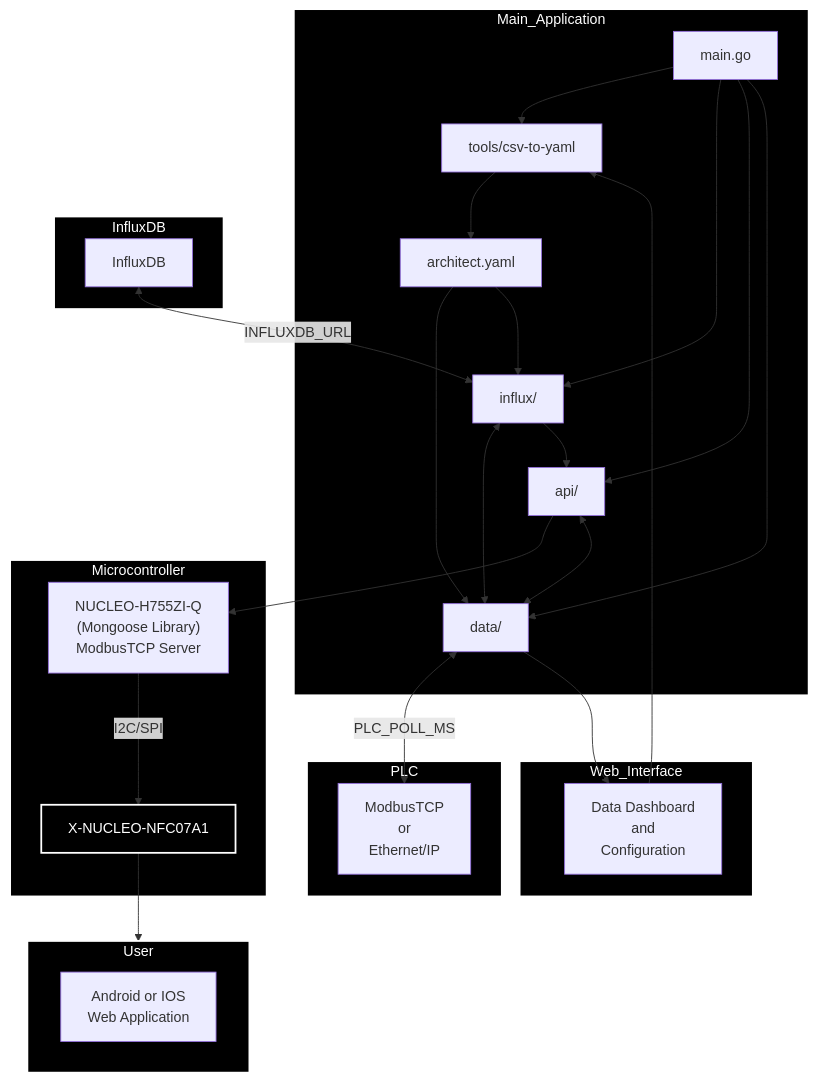
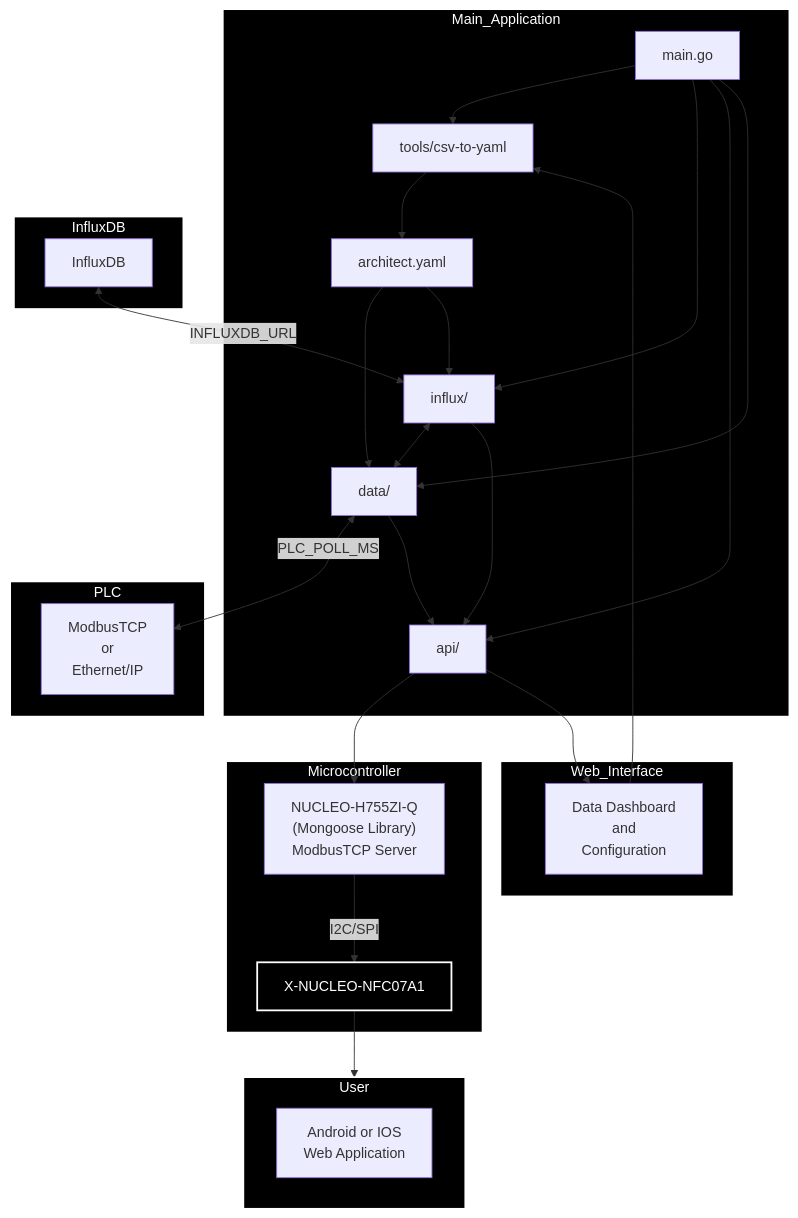
Before and after one commit to vtrgo/vtrgo-data-dashboard: the diagram in MERMAID.md, drawn with Mermaid.

````diff
--- a/MERMAID.md
+++ b/MERMAID.md
@@ -1,63 +1,66 @@
 ```mermaid
 flowchart TD
     subgraph Main_Application
         main_go["main.go"]
         api["api/"]
         data["data/"]
         influx["influx/"]
         tools["tools/csv-to-yaml"]
         architect_yaml["architect.yaml"]
     end
 
     subgraph PLC
         plc_conn["ModbusTCP <br> or <br> Ethernet/IP"]
     end
 
     subgraph InfluxDB
         influxdb["InfluxDB"]
     end
 
     subgraph Web_Interface
         web_config["Data Dashboard <br> and <br> Configuration "]
     end
 
     subgraph Microcontroller
         microcontroller["NUCLEO-H755ZI-Q <br> (Mongoose Library) <br> ModbusTCP Server"]
         NFC["X-NUCLEO-NFC07A1"]
     end
 
     subgraph User
         android["Android or IOS <br>Web Application"]
     end
 
     main_go --> tools
     main_go --> influx
     main_go --> api
     main_go --> data
 
     data <-- "PLC_POLL_MS" --> plc_conn
-    data --> web_config
+    data --> api
+
     api --> microcontroller
-    api <--> data
+    api --> web_config
 
     influxdb <-- "INFLUXDB_URL" --> influx
     influx <--> data
     influx --> api
 
     tools --> architect_yaml
+
     architect_yaml --> data
     architect_yaml --> influx
 
     microcontroller -- "I2C/SPI" --> NFC
+
     NFC --> User
 
     web_config --> tools
 
     style Main_Application fill:#000,stroke:#fff,color:#fff,stroke-width:2px
     style PLC fill:#000,stroke:#fff,color:#fff,stroke-width:2px
     style Web_Interface fill:#000,stroke:#fff,color:#fff,stroke-width:2px
     style InfluxDB fill:#000,stroke:#fff,color:#fff,stroke-width:2px
     style Microcontroller fill:#000,stroke:#fff,color:#fff,stroke-width:2px
     style NFC fill:#000,stroke:#fff,color:#fff,stroke-width:2px
     style User fill:#000,stroke:#fff,color:#fff,stroke-width:2px
 ```
````
